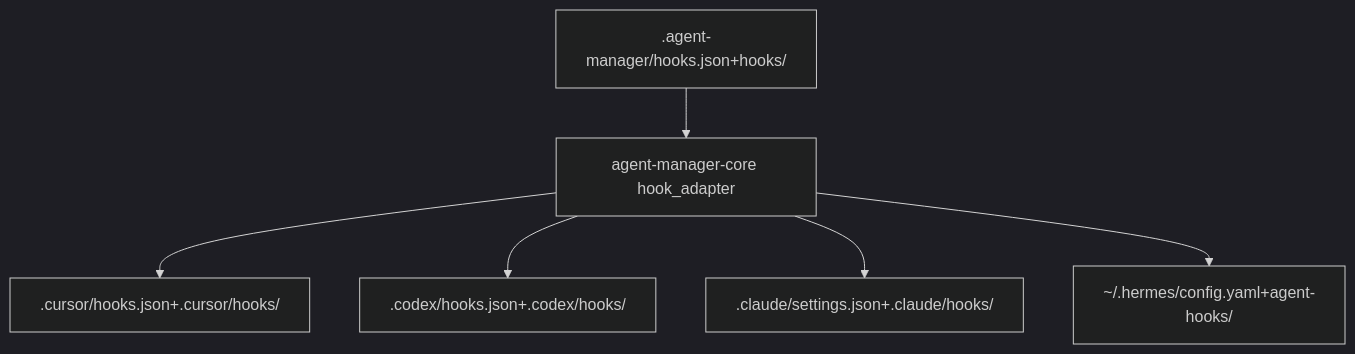
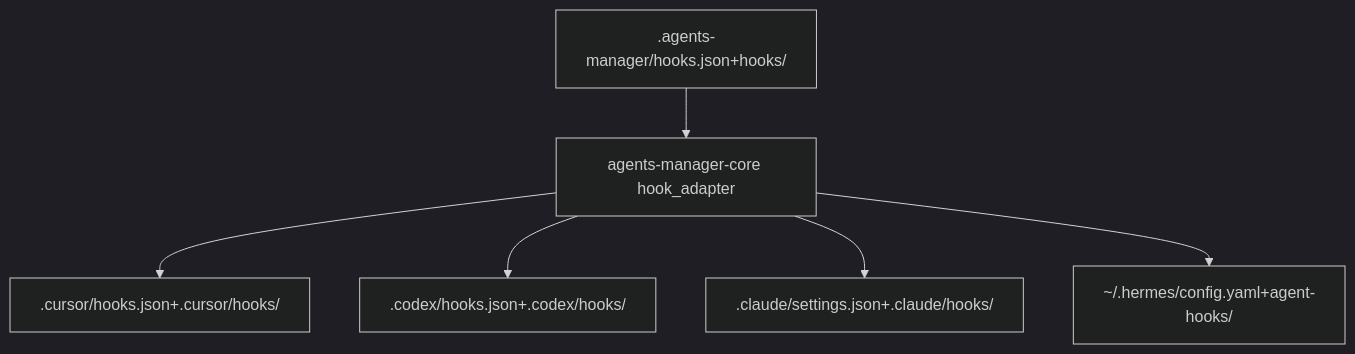
The diagram in .cursor/plans/hooks-compat-and-bundles_f7e577f5.plan.md (izhaong/ai-config), drawn with Mermaid (dark theme) before and after one commit. The commit also changed other lines of this file and 189 other files, not shown here.

First line of the commit message:
refactor: 重命名项目为 agents-manager，更新相关路径和依赖

````diff
--- a/.cursor/plans/hooks-compat-and-bundles_f7e577f5.plan.md
+++ b/.cursor/plans/hooks-compat-and-bundles_f7e577f5.plan.md
@@ -111,8 +111,8 @@
 ```mermaid
 flowchart TD
-  sourceAgentManager[.agent-manager/hooks.json+hooks/] --> adapter[agent-manager-core hook_adapter]
+  sourceAgentManager[.agents-manager/hooks.json+hooks/] --> adapter[agents-manager-core hook_adapter]
   adapter --> cursorCfg[.cursor/hooks.json+.cursor/hooks/]
   adapter --> codexCfg[.codex/hooks.json+.codex/hooks/]
   adapter --> claudeCfg[.claude/settings.json+.claude/hooks/]
   adapter --> hermesCfg[~/.hermes/config.yaml+agent-hooks/]
 ```
````
